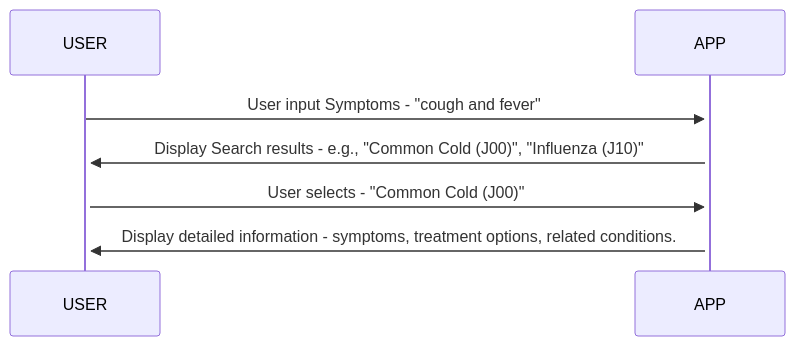
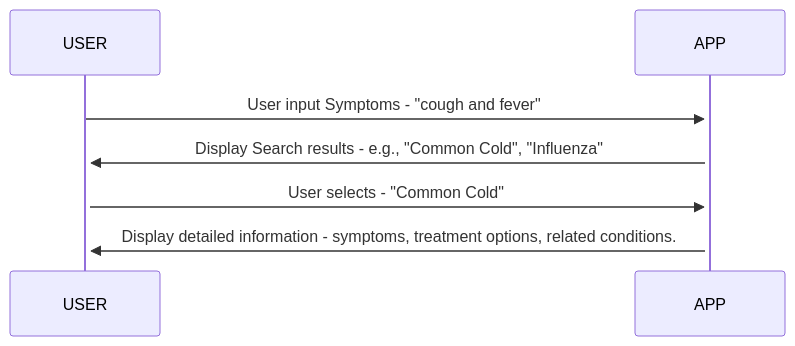
One commit to prak112/ICD11-SymptomChecker changed the first of 3 diagrams in docs/PROCESS_FLOWS.md. Above: the diagram before and after it, drawn with Mermaid. The commit also changed other lines of this file, not shown here.

Commit message:
docs: Add Database schema and App workflow

````diff
--- a/docs/PROCESS_FLOWS.md
+++ b/docs/PROCESS_FLOWS.md
@@ -19,10 +19,10 @@
 ```mermaid
 sequenceDiagram
     participant USER
     participant APP
 
     USER ->>+APP: User input Symptoms - "cough and fever"
-    APP ->>+USER: Display Search results - e.g., "Common Cold (J00)", "Influenza (J10)"
-    USER->>+APP: User selects - "Common Cold (J00)"
+    APP ->>+USER: Display Search results - e.g., "Common Cold", "Influenza"
+    USER->>+APP: User selects - "Common Cold"
     APP->>+USER: Display detailed information - symptoms, treatment options, related conditions.
 ```
````
